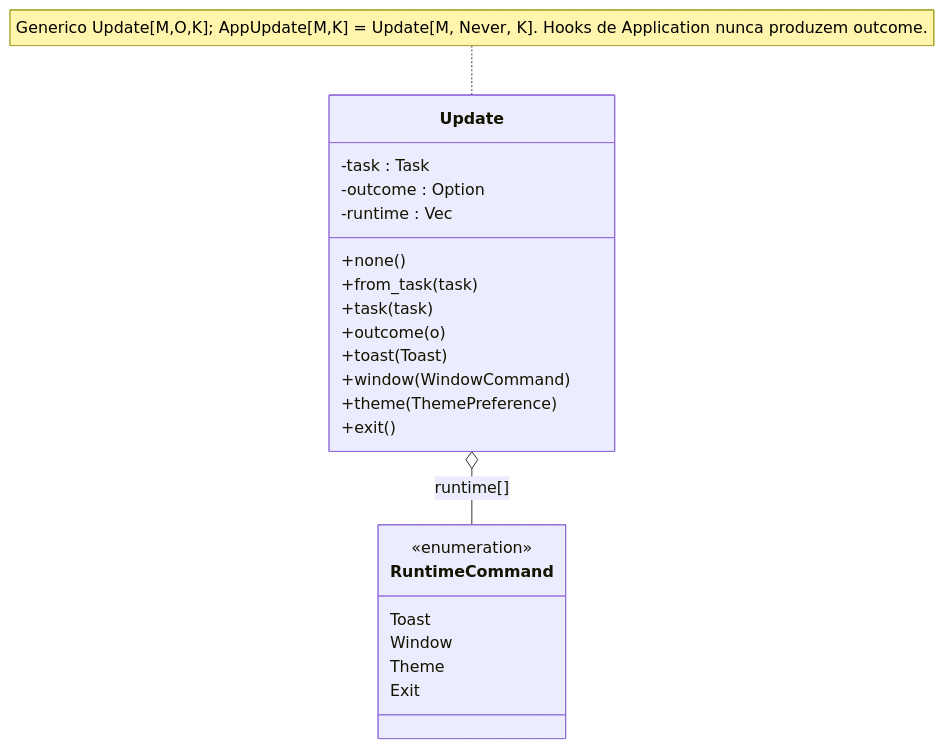
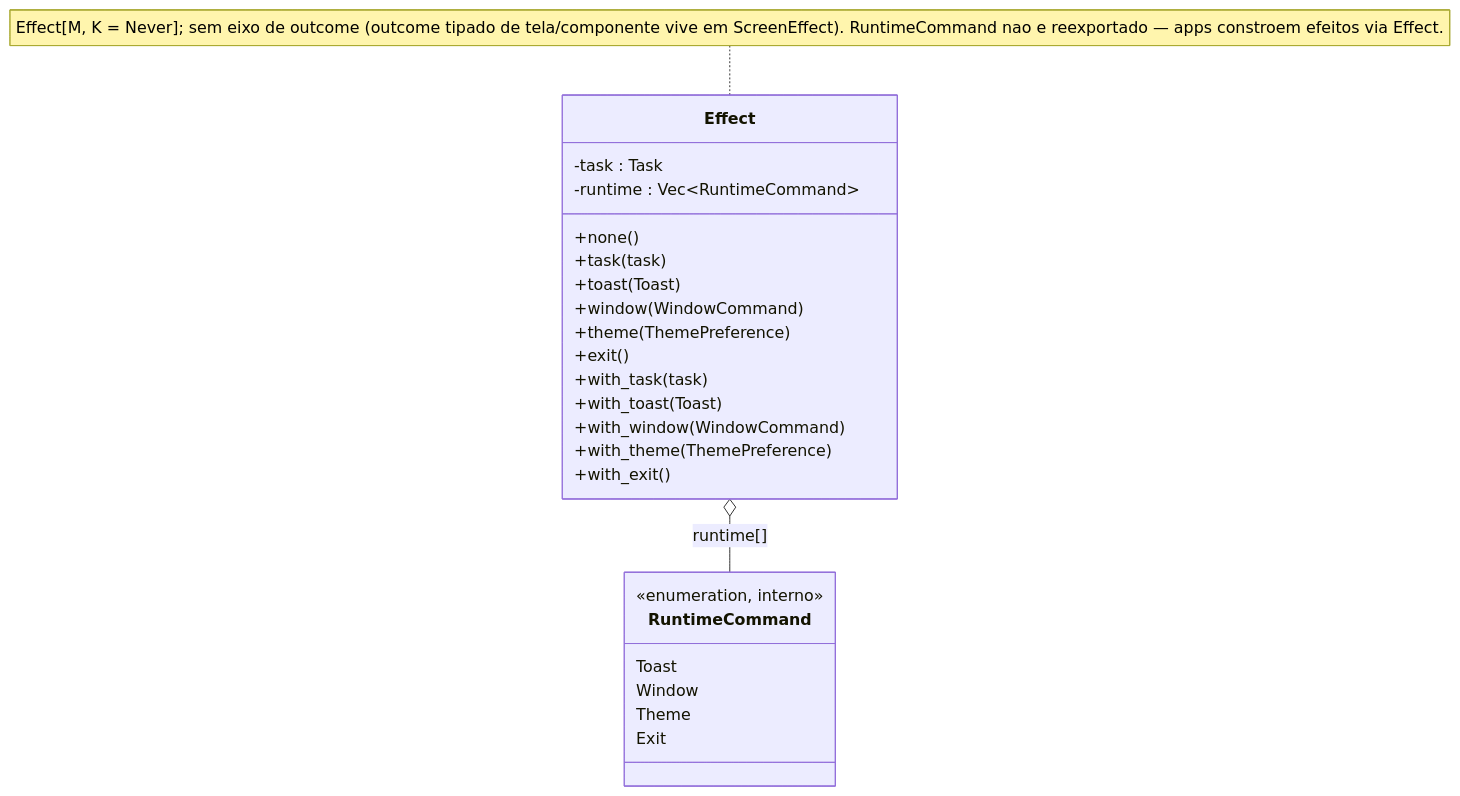
The third of 4 diagrams in docs/architecture/api-surface.md (JirlanSouza/nive), drawn with Mermaid before and after one commit. The commit also changed other lines of this file and 29 other files, not shown here.

````diff
--- a/docs/architecture/api-surface.md
+++ b/docs/architecture/api-surface.md
@@ -110,25 +111,27 @@
 ```mermaid
 classDiagram
-    class Update {
+    class Effect {
         -task : Task
-        -outcome : Option
-        -runtime : Vec
+        -runtime : Vec~RuntimeCommand~
         +none()
-        +from_task(task)
         +task(task)
-        +outcome(o)
         +toast(Toast)
         +window(WindowCommand)
         +theme(ThemePreference)
         +exit()
+        +with_task(task)
+        +with_toast(Toast)
+        +with_window(WindowCommand)
+        +with_theme(ThemePreference)
+        +with_exit()
     }
     class RuntimeCommand {
-        <<enumeration>>
+        <<enumeration, interno>>
         Toast
         Window
         Theme
         Exit
     }
-    Update o-- RuntimeCommand : runtime[]
-    note for Update "Generico Update[M,O,K]; AppUpdate[M,K] = Update[M, Never, K]. Hooks de Application nunca produzem outcome."
+    Effect o-- RuntimeCommand : runtime[]
+    note for Effect "Effect[M, K = Never]; sem eixo de outcome (outcome tipado de tela/componente vive em ScreenEffect). RuntimeCommand nao e reexportado — apps constroem efeitos via Effect."
 ```
````
